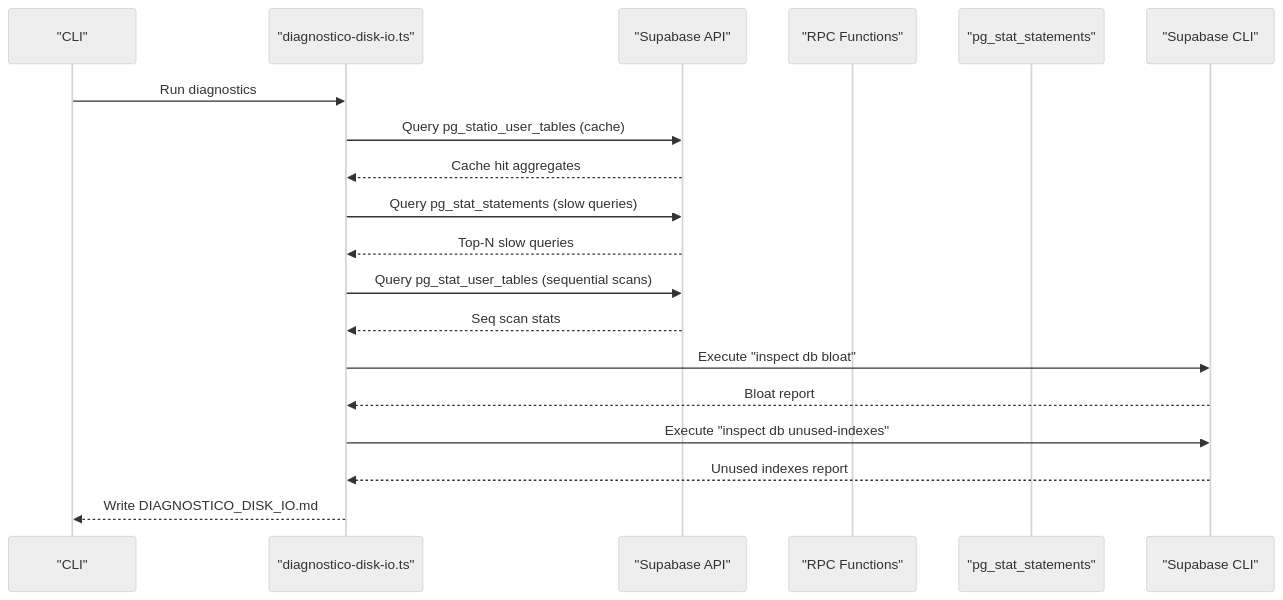
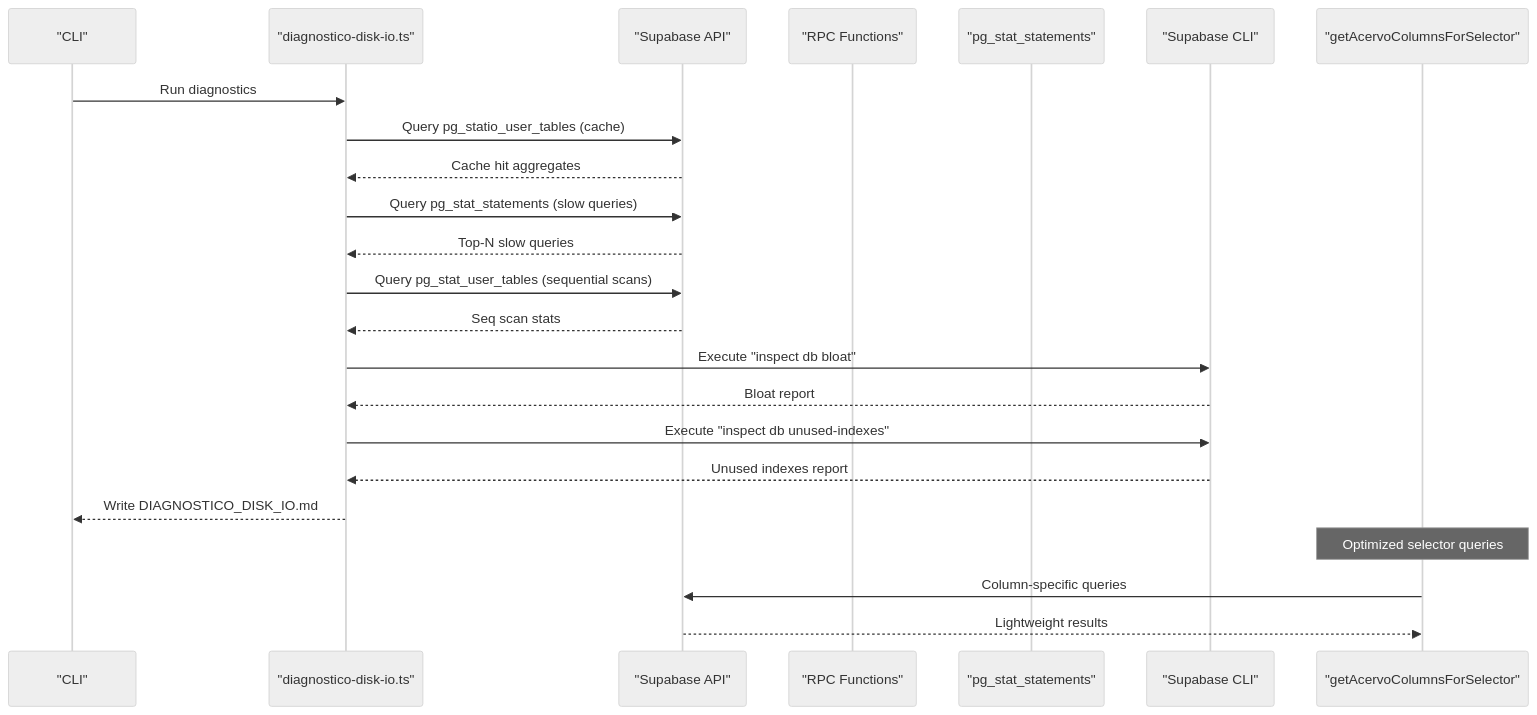
The second of 10 diagrams in .qoder/repowiki/en/content/Performance and Optimization/Database Optimization.md (SinesysTech/zattar-os), drawn with Mermaid (neutral theme) before and after one commit. The commit also changed other lines of this file and 4 other files, not shown here.

````diff
--- a/.qoder/repowiki/en/content/Performance and Optimization/Database Optimization.md
+++ b/.qoder/repowiki/en/content/Performance and Optimization/Database Optimization.md
@@ -141,21 +186,25 @@
 ```mermaid
 sequenceDiagram
 participant CLI as "CLI"
 participant Script as "diagnostico-disk-io.ts"
 participant Supabase as "Supabase API"
 participant Functions as "RPC Functions"
 participant PGStats as "pg_stat_statements"
 participant CLI2 as "Supabase CLI"
+participant Selector as "getAcervoColumnsForSelector"
 CLI->>Script : Run diagnostics
 Script->>Supabase : Query pg_statio_user_tables (cache)
 Supabase-->>Script : Cache hit aggregates
 Script->>Supabase : Query pg_stat_statements (slow queries)
 Supabase-->>Script : Top-N slow queries
 Script->>Supabase : Query pg_stat_user_tables (sequential scans)
 Supabase-->>Script : Seq scan stats
 Script->>CLI2 : Execute "inspect db bloat"
 CLI2-->>Script : Bloat report
 Script->>CLI2 : Execute "inspect db unused-indexes"
 CLI2-->>Script : Unused indexes report
 Script-->>CLI : Write DIAGNOSTICO_DISK_IO.md
+Note over Selector : Optimized selector queries
+Selector->>Supabase : Column-specific queries
+Supabase-->>Selector : Lightweight results
 ```
````
